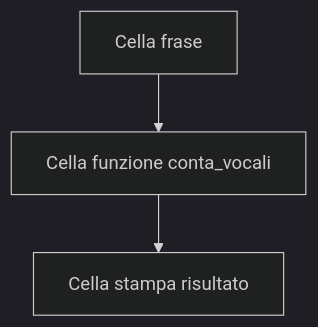
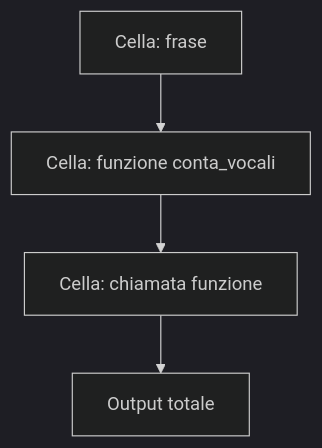
Before and after one commit to lucadagati/Lab_Fondamenti_di_Informatica_25_26: the seventh of 20 diagrams in 04-python-jupyter-analisi-biomedica/README.md, drawn with Mermaid (dark theme). The commit also changed other lines of this file, not shown here.

First line of the commit message:
README Lab 4: aggiunge testo esercizi e flow più espliciti

````diff
--- a/04-python-jupyter-analisi-biomedica/README.md
+++ b/04-python-jupyter-analisi-biomedica/README.md
@@ -125,5 +153,6 @@
 ```mermaid
 flowchart TD
-    A[Cella frase] --> B[Cella funzione conta_vocali]
-    B --> C[Cella stampa risultato]
+    A[Cella: frase] --> B[Cella: funzione conta_vocali]
+    B --> C[Cella: chiamata funzione]
+    C --> D[Output totale]
 ```
````
